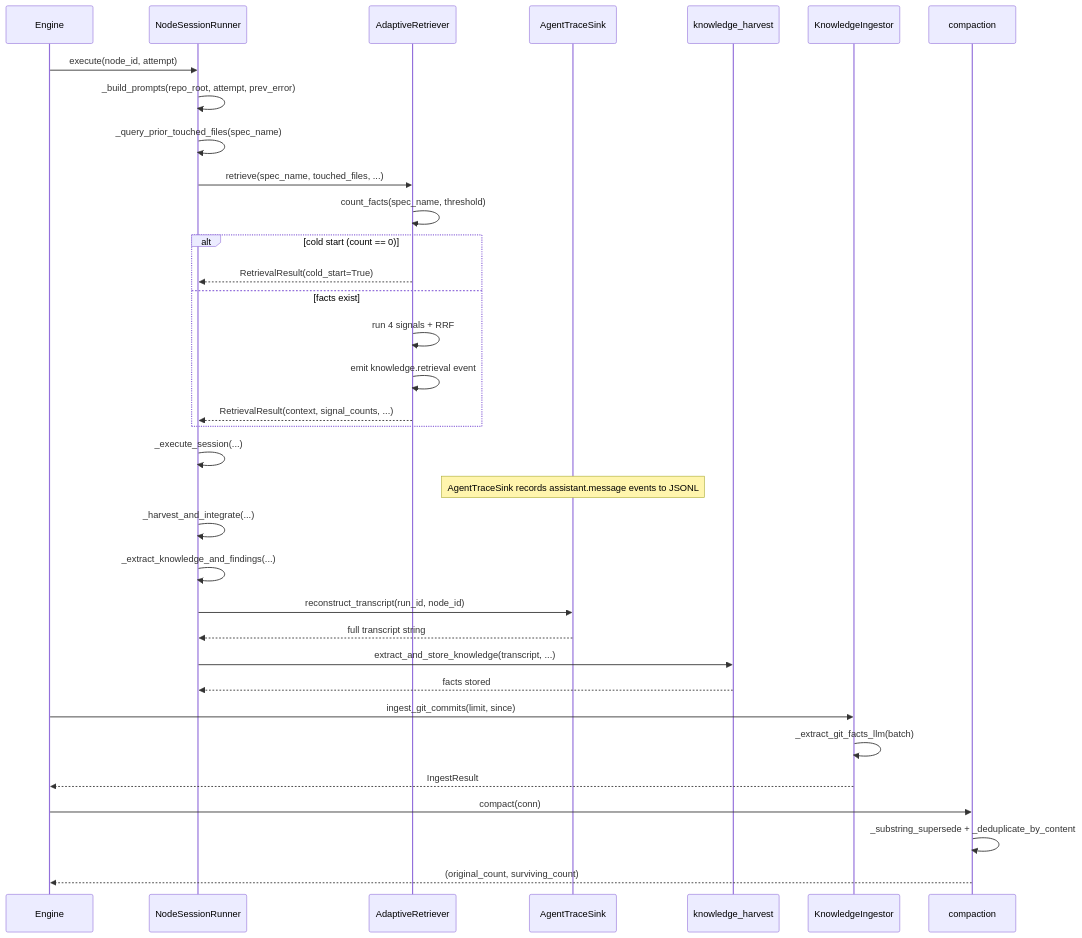
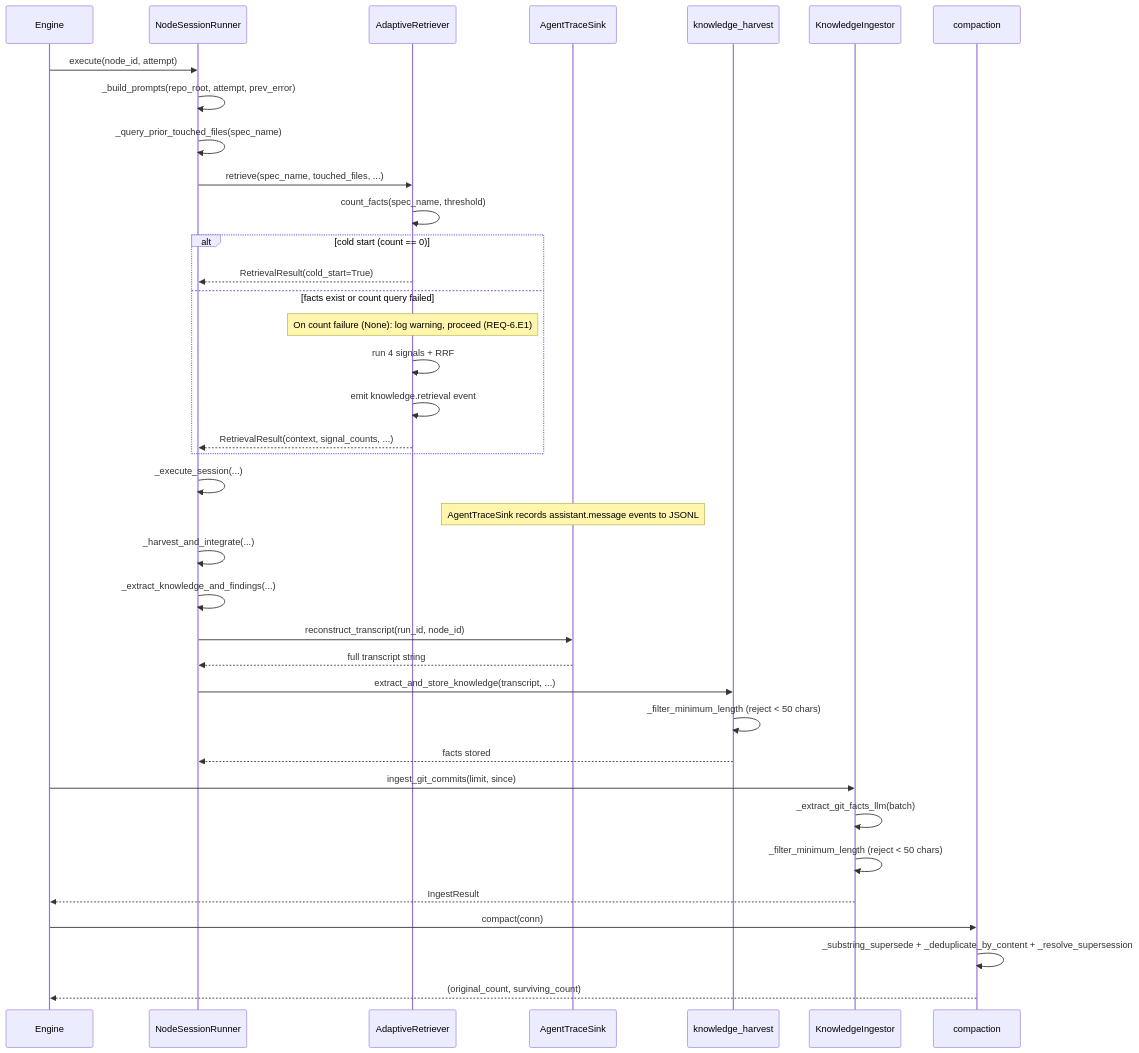
The second of 2 diagrams in .agent-fox/specs/113_knowledge_effectiveness/design.md (agent-fox-dev/agent-fox-v2), drawn with Mermaid before and after one commit. The commit also changed other lines of this file and 2 other files, not shown here.

````diff
--- a/.agent-fox/specs/113_knowledge_effectiveness/design.md
+++ b/.agent-fox/specs/113_knowledge_effectiveness/design.md
@@ -55,37 +56,40 @@
 ```mermaid
 sequenceDiagram
     participant E as Engine
     participant SL as NodeSessionRunner
     participant AR as AdaptiveRetriever
     participant AT as AgentTraceSink
     participant KH as knowledge_harvest
     participant KI as KnowledgeIngestor
     participant C as compaction
 
     E->>SL: execute(node_id, attempt)
     SL->>SL: _build_prompts(repo_root, attempt, prev_error)
     SL->>SL: _query_prior_touched_files(spec_name)
     SL->>AR: retrieve(spec_name, touched_files, ...)
     AR->>AR: count_facts(spec_name, threshold)
     alt cold start (count == 0)
         AR-->>SL: RetrievalResult(cold_start=True)
-    else facts exist
+    else facts exist or count query failed
+        Note over AR: On count failure (None): log warning, proceed (REQ-6.E1)
         AR->>AR: run 4 signals + RRF
         AR->>AR: emit knowledge.retrieval event
         AR-->>SL: RetrievalResult(context, signal_counts, ...)
     end
     SL->>SL: _execute_session(...)
     Note over AT: AgentTraceSink records assistant.message events to JSONL
     SL->>SL: _harvest_and_integrate(...)
     SL->>SL: _extract_knowledge_and_findings(...)
     SL->>AT: reconstruct_transcript(run_id, node_id)
     AT-->>SL: full transcript string
     SL->>KH: extract_and_store_knowledge(transcript, ...)
+    KH->>KH: _filter_minimum_length (reject < 50 chars)
     KH-->>SL: facts stored
     E->>KI: ingest_git_commits(limit, since)
     KI->>KI: _extract_git_facts_llm(batch)
+    KI->>KI: _filter_minimum_length (reject < 50 chars)
     KI-->>E: IngestResult
     E->>C: compact(conn)
-    C->>C: _substring_supersede + _deduplicate_by_content
+    C->>C: _substring_supersede + _deduplicate_by_content + _resolve_supersession
     C-->>E: (original_count, surviving_count)
 ```
````
